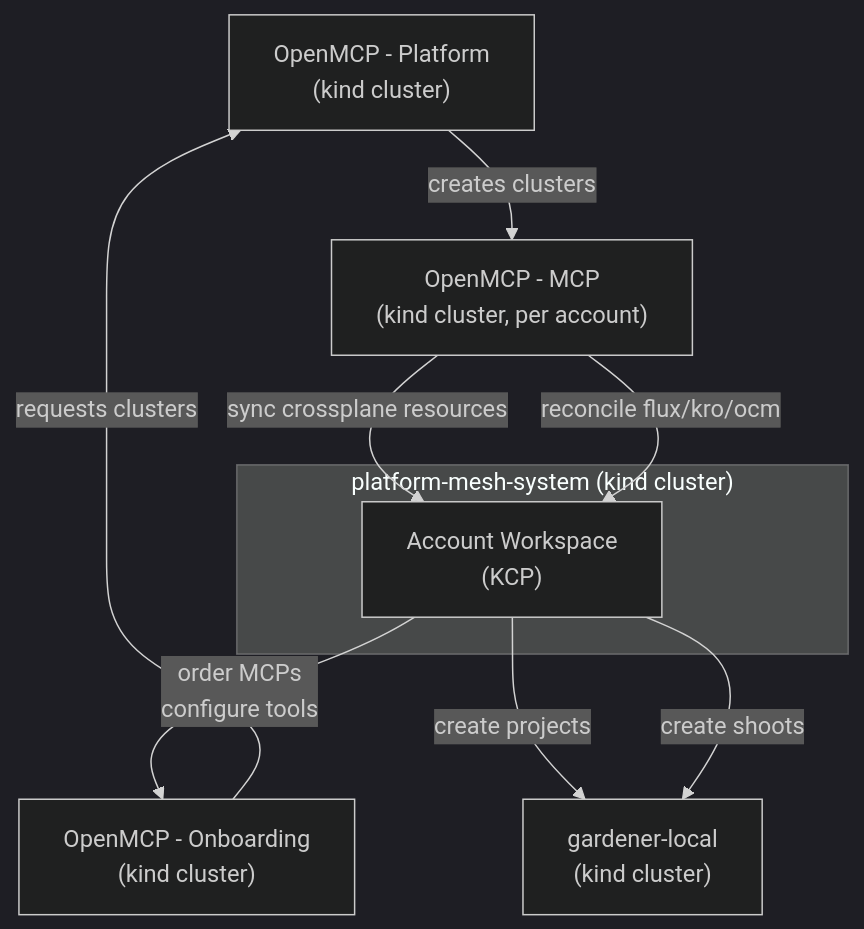
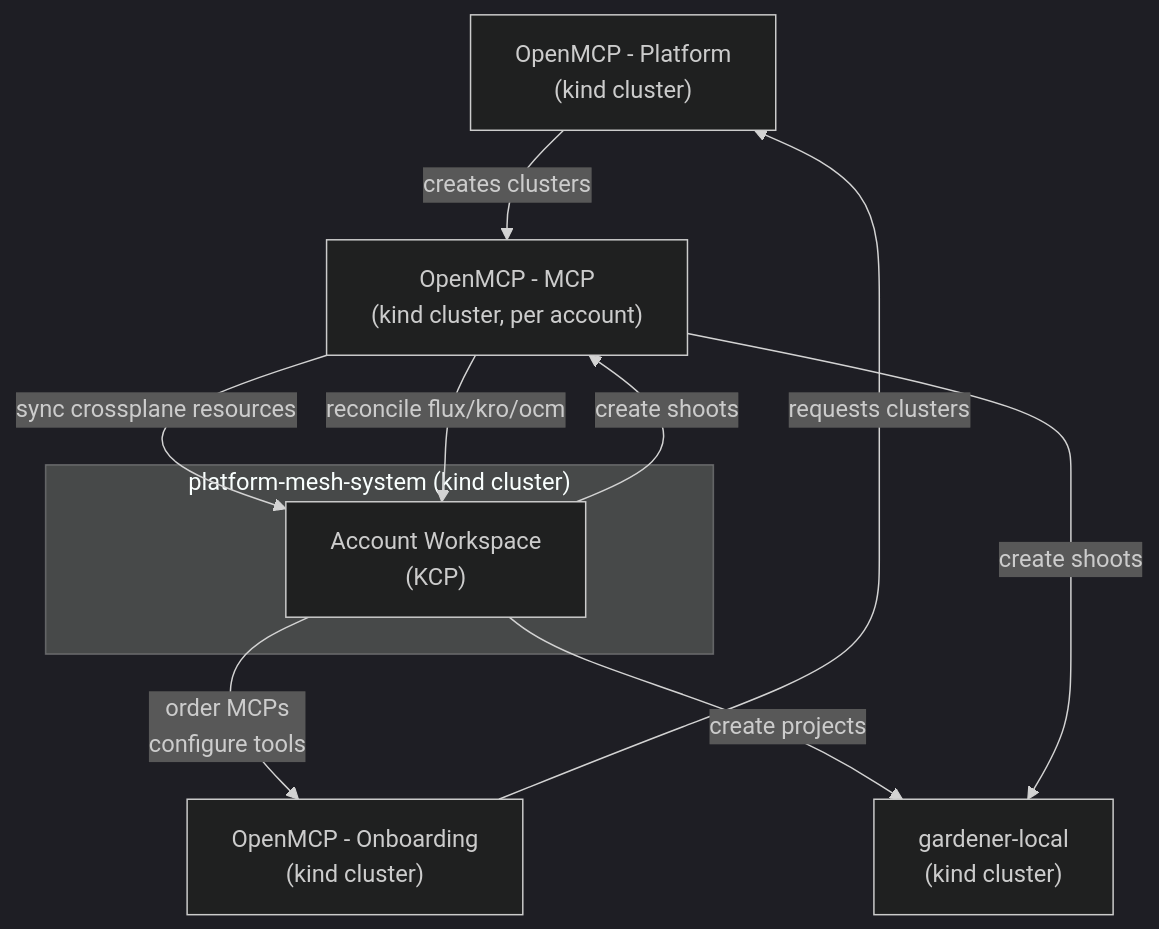
The first of 5 diagrams in README.md (openmcp-project/local-event-showcase), drawn with Mermaid (dark theme) before and after one commit.

Commit message:
fix: correct shoot creation flow in overview diagram (KCP → MCP → Gardener)
On-behalf-of: @SAP <bastian.echterhoelter@sap.com>

````diff
--- a/README.md
+++ b/README.md
@@ -13,20 +13,21 @@
 ```mermaid
 graph TB
     platform["OpenMCP - Platform\n(kind cluster)"]
     gardener["gardener-local\n(kind cluster)"]
     onboarding["OpenMCP - Onboarding\n(kind cluster)"]
 
     subgraph pmesh["platform-mesh-system (kind cluster)"]
         aw["Account Workspace\n(KCP)"]
     end
 
     mcp["OpenMCP - MCP\n(kind cluster, per account)"]
 
     onboarding -- "requests clusters" --> platform
     platform -- "creates clusters" --> mcp
     aw -- "order MCPs\nconfigure tools" --> onboarding
     mcp -- "sync crossplane resources" --> aw
     mcp -- "reconcile flux/kro/ocm" --> aw
     aw -- "create projects" --> gardener
-    aw -- "create shoots" --> gardener
+    aw -- "create shoots" --> mcp
+    mcp -- "create shoots" --> gardener
 ```
````
